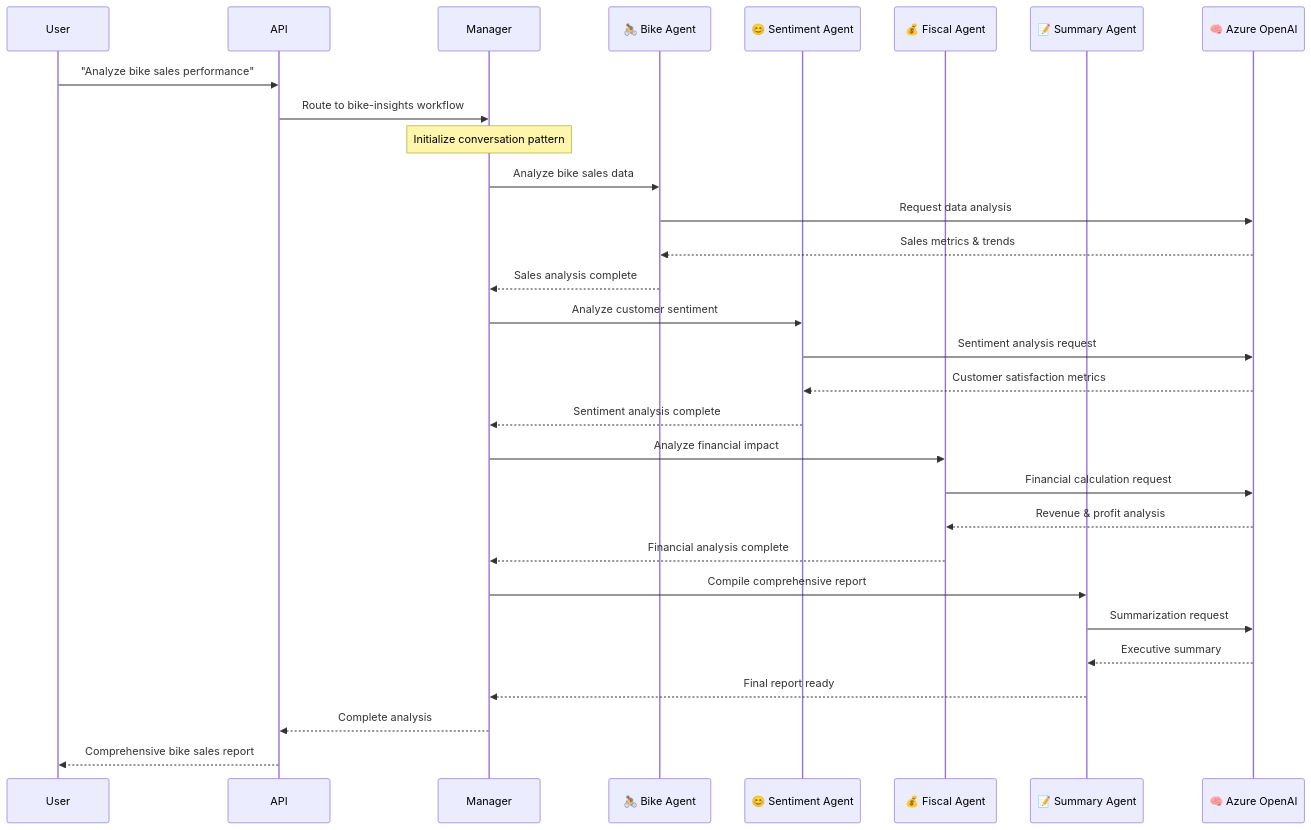
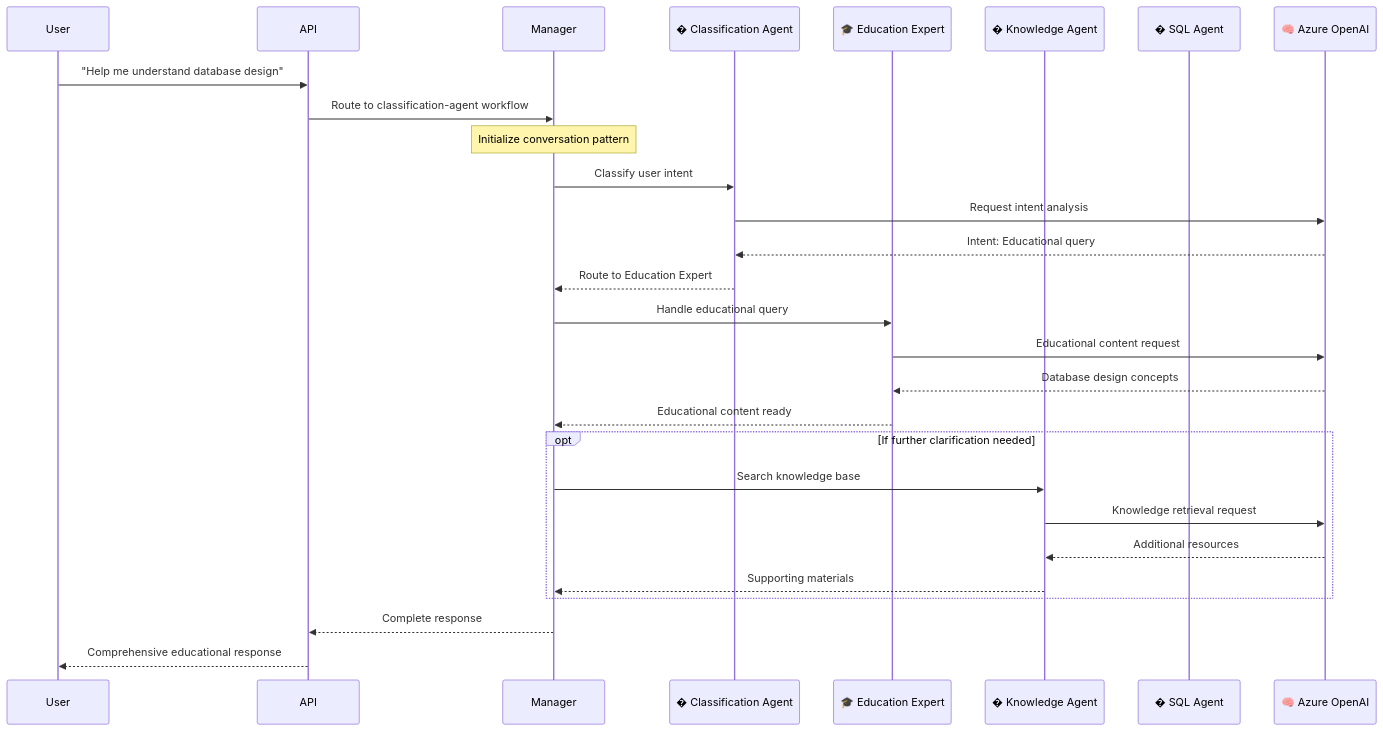
The seventh of 13 diagrams in docs/architecture/README.md (the-ingenious-dark-knight/Insight_Ingenious), drawn with Mermaid before and after one commit. The commit also changed other lines of this file and 3 other files, not shown here.

Commit message:
fix: Update API documentation to include new workflows and agents for classification and education

````diff
--- a/docs/architecture/README.md
+++ b/docs/architecture/README.md
@@ -299,38 +297,35 @@
 ```mermaid
 sequenceDiagram
     participant User
     participant API
     participant Manager
-    participant Agent1 as 🚴 Bike Agent
-    participant Agent2 as 😊 Sentiment Agent
-    participant Agent3 as 💰 Fiscal Agent
-    participant Summary as 📝 Summary Agent
+    participant Agent1 as � Classification Agent
+    participant Agent2 as 🎓 Education Expert
+    participant Agent3 as � Knowledge Agent
+    participant Agent4 as �️ SQL Agent
     participant LLM as 🧠 Azure OpenAI
 
-    User->>API: "Analyze bike sales performance"
-    API->>Manager: Route to bike-insights workflow
+    User->>API: "Help me understand database design"
+    API->>Manager: Route to classification-agent workflow
 
     Note over Manager: Initialize conversation pattern
-    Manager->>Agent1: Analyze bike sales data
-    Agent1->>LLM: Request data analysis
-    LLM-->>Agent1: Sales metrics & trends
-    Agent1-->>Manager: Sales analysis complete
+    Manager->>Agent1: Classify user intent
+    Agent1->>LLM: Request intent analysis
+    LLM-->>Agent1: Intent: Educational query
+    Agent1-->>Manager: Route to Education Expert
 
-    Manager->>Agent2: Analyze customer sentiment
-    Agent2->>LLM: Sentiment analysis request
-    LLM-->>Agent2: Customer satisfaction metrics
-    Agent2-->>Manager: Sentiment analysis complete
+    Manager->>Agent2: Handle educational query
+    Agent2->>LLM: Educational content request
+    LLM-->>Agent2: Database design concepts
+    Agent2-->>Manager: Educational content ready
 
-    Manager->>Agent3: Analyze financial impact
-    Agent3->>LLM: Financial calculation request
-    LLM-->>Agent3: Revenue & profit analysis
-    Agent3-->>Manager: Financial analysis complete
+    opt If further clarification needed
+        Manager->>Agent3: Search knowledge base
+        Agent3->>LLM: Knowledge retrieval request
+        LLM-->>Agent3: Additional resources
+        Agent3-->>Manager: Supporting materials
+    end
 
-    Manager->>Summary: Compile comprehensive report
-    Summary->>LLM: Summarization request
-    LLM-->>Summary: Executive summary
-    Summary-->>Manager: Final report ready
-
-    Manager-->>API: Complete analysis
-    API-->>User: Comprehensive bike sales report
+    Manager-->>API: Complete response
+    API-->>User: Comprehensive educational response
 ```
````
